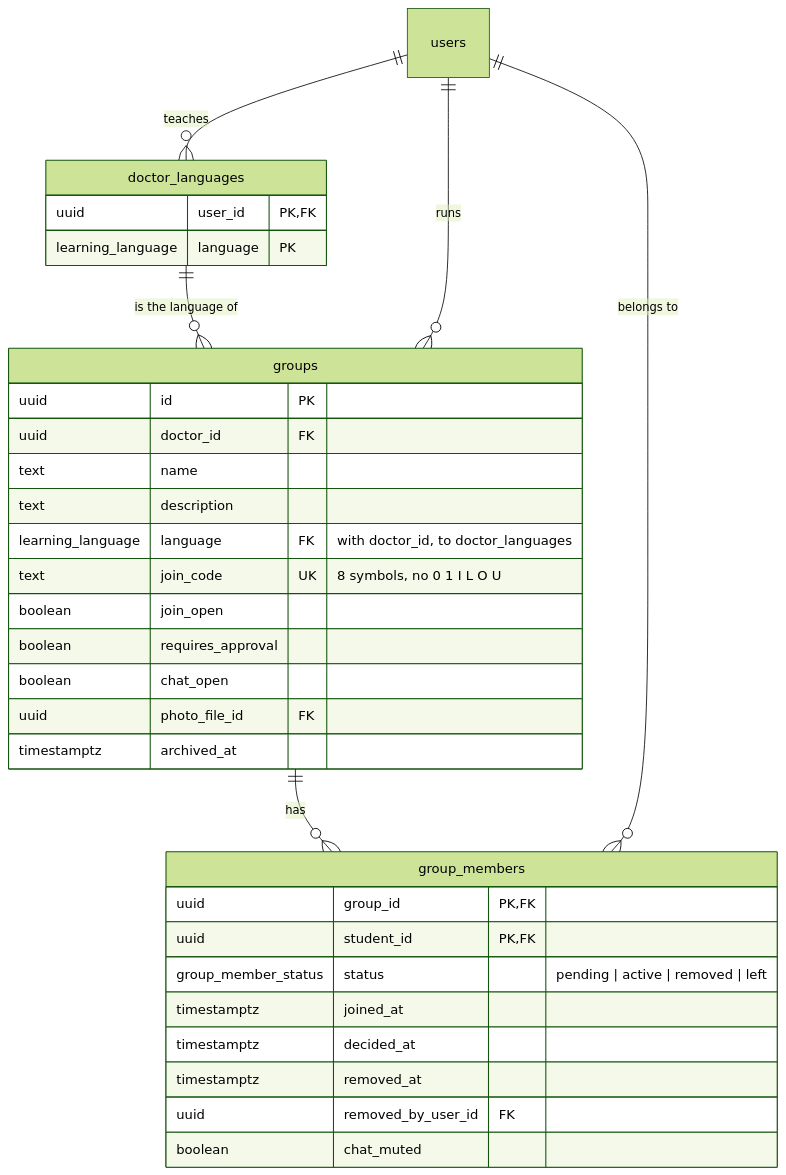
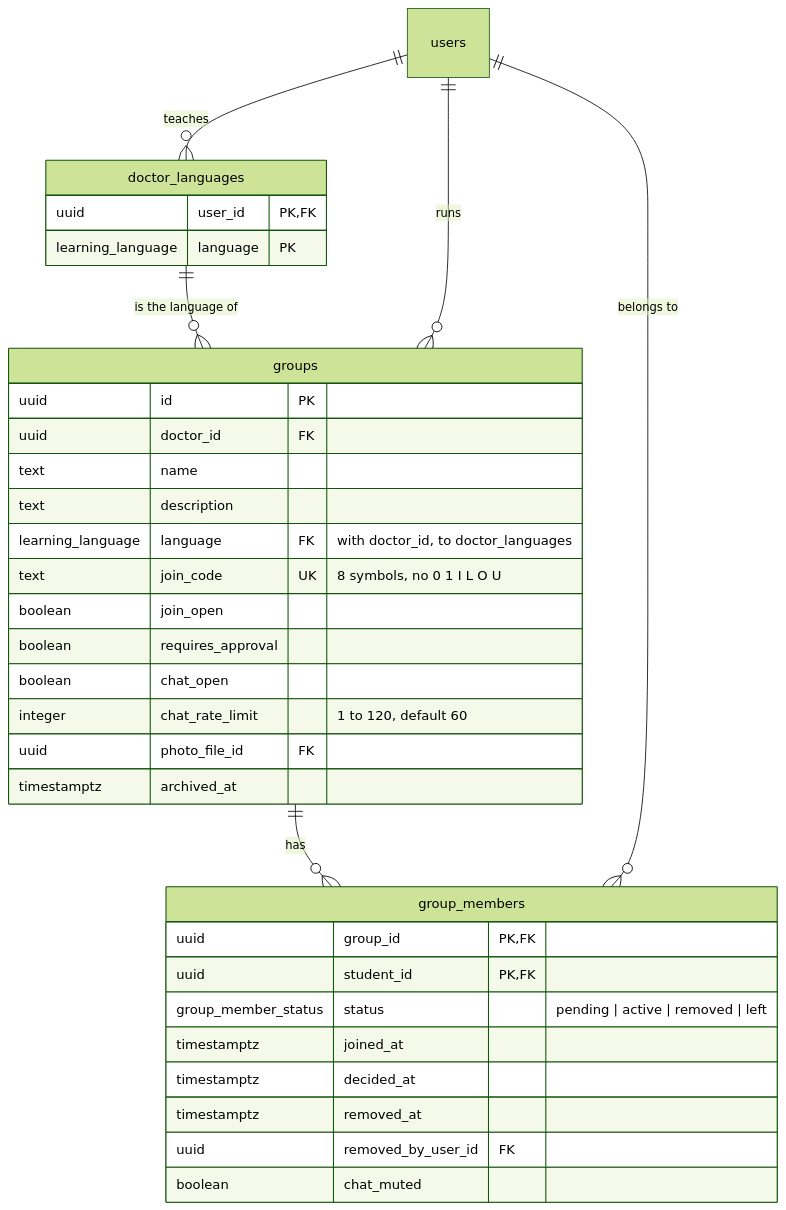
The second of 6 diagrams in docs/data-model.md (mariosaad123/ACU-graduation-projecct-Ramez-), drawn with Mermaid (forest theme) before and after one commit. The commit also changed other lines of this file, not shown here.

Commit message:
docs: document group people, chat limits and per-person rate limits

````diff
--- a/docs/data-model.md
+++ b/docs/data-model.md
@@ -120,36 +120,37 @@
 ```mermaid
 erDiagram
     users ||--o{ doctor_languages : "teaches"
     doctor_languages ||--o{ groups : "is the language of"
     users ||--o{ groups : "runs"
     groups ||--o{ group_members : "has"
     users ||--o{ group_members : "belongs to"
 
     doctor_languages {
         uuid user_id PK, FK
         learning_language language PK
     }
     groups {
         uuid id PK
         uuid doctor_id FK
         text name
         text description
         learning_language language FK "with doctor_id, to doctor_languages"
         text join_code UK "8 symbols, no 0 1 I L O U"
         boolean join_open
         boolean requires_approval
         boolean chat_open
+        integer chat_rate_limit "1 to 120, default 60"
         uuid photo_file_id FK
         timestamptz archived_at
     }
     group_members {
         uuid group_id PK, FK
         uuid student_id PK, FK
         group_member_status status "pending | active | removed | left"
         timestamptz joined_at
         timestamptz decided_at
         timestamptz removed_at
         uuid removed_by_user_id FK
         boolean chat_muted
     }
 ```
````
